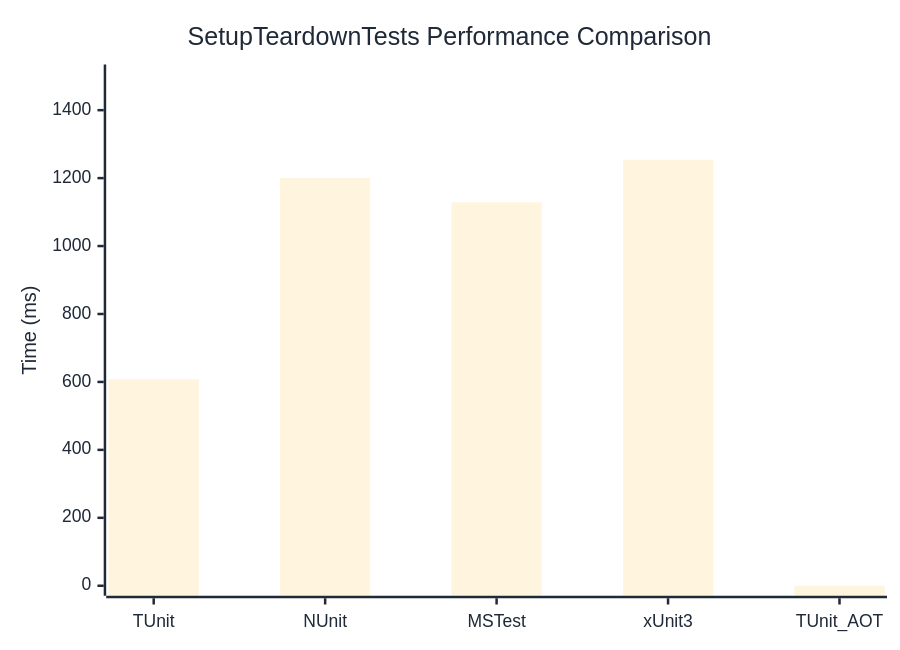
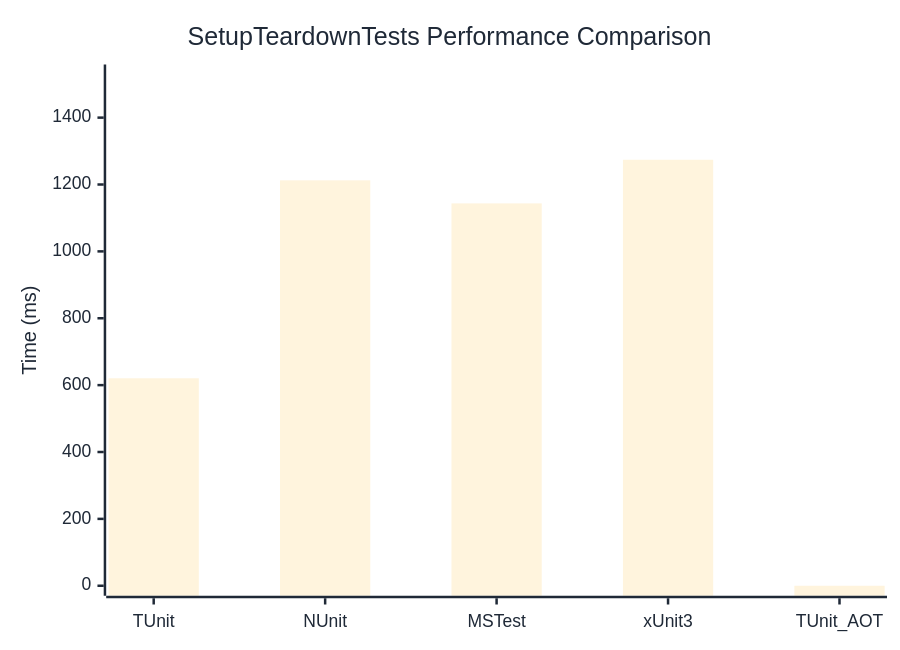
One commit to thomhurst/TUnit changed the diagram in docs/docs/benchmarks/SetupTeardownTests.md. Above: the diagram before and after it, drawn with Mermaid. The commit also changed other lines of this file and 17 other files, not shown here.

````diff
--- a/docs/docs/benchmarks/SetupTeardownTests.md
+++ b/docs/docs/benchmarks/SetupTeardownTests.md
@@ -27,37 +27,37 @@
 ```mermaid
 %%{init: {
   'theme':'base',
   'themeVariables': {
     'primaryColor': '#2563eb',
     'primaryTextColor': '#1f2937',
     'primaryBorderColor': '#1e40af',
     'lineColor': '#6b7280',
     'secondaryColor': '#7c3aed',
     'tertiaryColor': '#dc2626',
     'background': '#ffffff',
     'mainBkg': '#2563eb',
     'secondBkg': '#7c3aed',
     'tertiaryBkg': '#dc2626',
     'clusterBkg': '#f3f4f6',
     'edgeLabelBackground': '#ffffff',
     'tertiaryTextColor': '#1f2937',
     'pie1': '#2563eb',
     'pie2': '#7c3aed',
     'pie3': '#dc2626',
     'pie4': '#f59e0b',
     'pie5': '#10b981',
     'pie6': '#06b6d4',
     'pie7': '#ec4899',
     'pie8': '#6366f1',
     'pie9': '#84cc16',
     'pie10': '#f97316',
     'pie11': '#14b8a6',
     'pie12': '#a855f7'
   }
 }}%%
 xychart-beta
   title "SetupTeardownTests Performance Comparison"
   x-axis ["TUnit", "NUnit", "MSTest", "xUnit3", "TUnit_AOT"]
-  y-axis "Time (ms)" 0 --> 1505
-  bar [608, 1200.3, 1128.8, 1254, 0]
+  y-axis "Time (ms)" 0 --> 1529
+  bar [620.5, 1212.5, 1143.5, 1274, 0]
 ```
````
